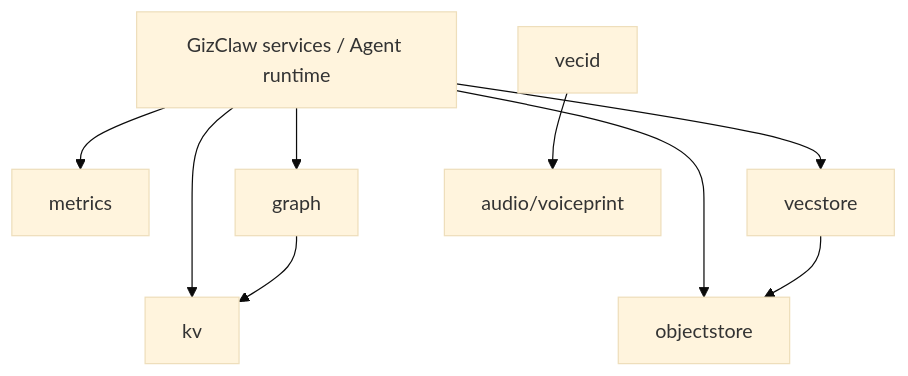
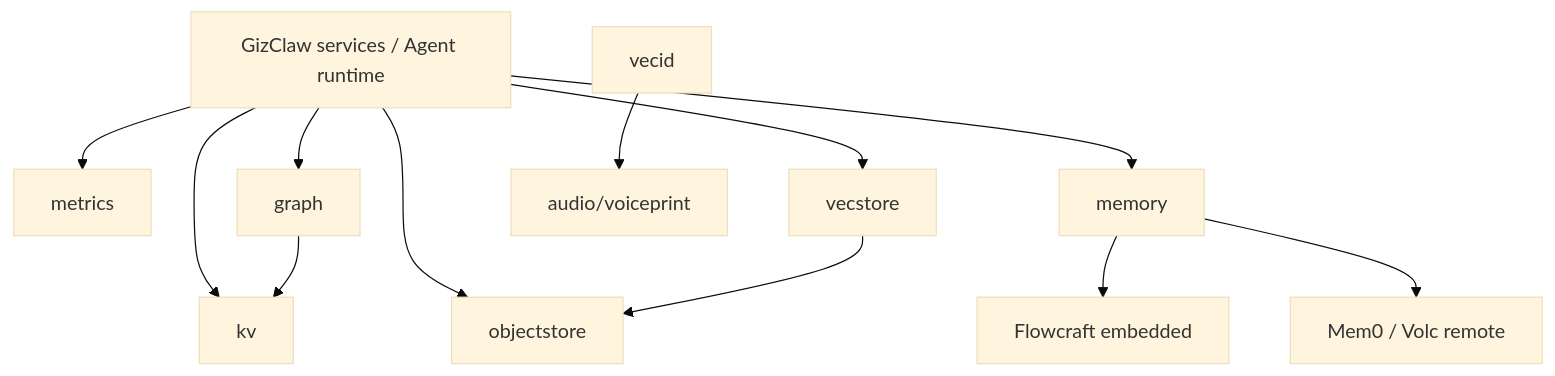
Before and after one commit to GizClaw/gizclaw: the diagram in guides/en/developing/stores/overview.md, drawn with Mermaid (base theme). The commit also changed other lines of this file and 23 other files, not shown here.

````diff
--- a/guides/en/developing/stores/overview.md
+++ b/guides/en/developing/stores/overview.md
@@ -30,11 +32,14 @@
 ```mermaid
 flowchart TB
     Domains["GizClaw services / Agent runtime"] --> KV["kv"]
     Domains --> Metrics["metrics"]
     Domains --> Objects["objectstore"]
     Domains --> Vectors["vecstore"]
     Domains --> Graph["graph"]
+    Domains --> Memory["memory"]
+    Memory --> Flowcraft["Flowcraft embedded"]
+    Memory --> Remote["Mem0 / Volc remote"]
     Graph --> KV
     Vectors --> Objects
     VecID["vecid"] --> Voiceprint["audio/voiceprint"]
 ```
````
